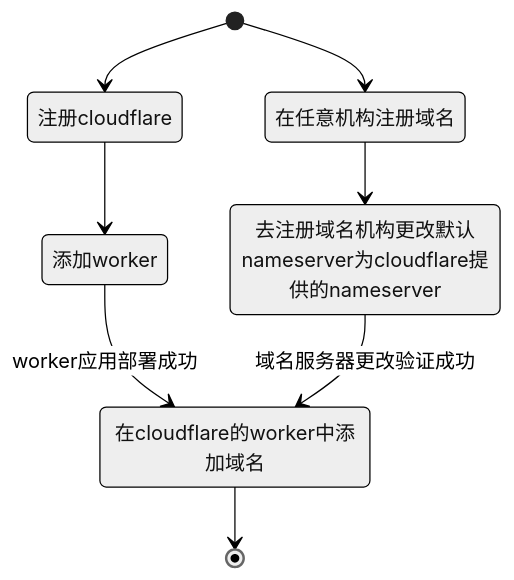
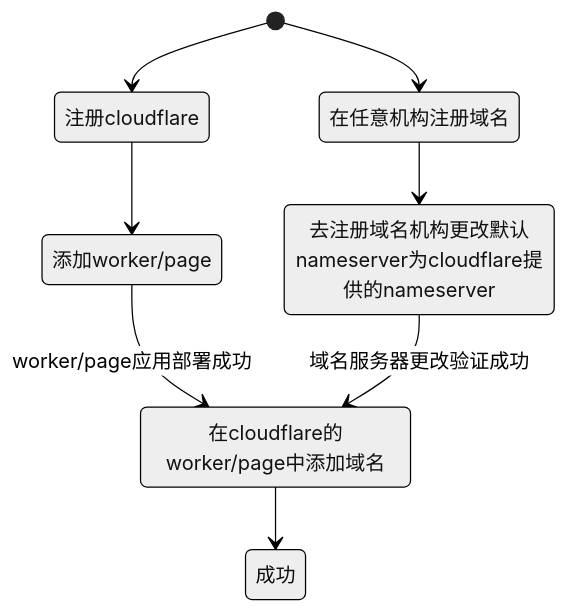
The diagram in deploy.md (KenyonY/openai-forward), drawn with Mermaid (neutral theme) before and after one commit. The commit also changed other lines of this file and 1 other file, not shown here.

````diff
--- a/deploy.md
+++ b/deploy.md
@@ -121,10 +124,10 @@
 ```mermaid
 stateDiagram-v2
     [*] --> 注册cloudflare
     [*] --> 在任意机构注册域名
-    注册cloudflare --> 添加worker
-    添加worker --> 在cloudflare的worker中添加域名 : worker应用部署成功
+    注册cloudflare --> 添加worker/page
+    添加worker/page --> 在cloudflare的worker/page中添加域名 : worker/page应用部署成功
     在任意机构注册域名 --> 去注册域名机构更改默认nameserver为cloudflare提供的nameserver
-    去注册域名机构更改默认nameserver为cloudflare提供的nameserver --> 在cloudflare的worker中添加域名: 域名服务器更改验证成功
-    在cloudflare的worker中添加域名 --> [*]
+    去注册域名机构更改默认nameserver为cloudflare提供的nameserver --> 在cloudflare的worker/page中添加域名: 域名服务器更改验证成功
+    在cloudflare的worker/page中添加域名 --> 成功 
 ```
````
